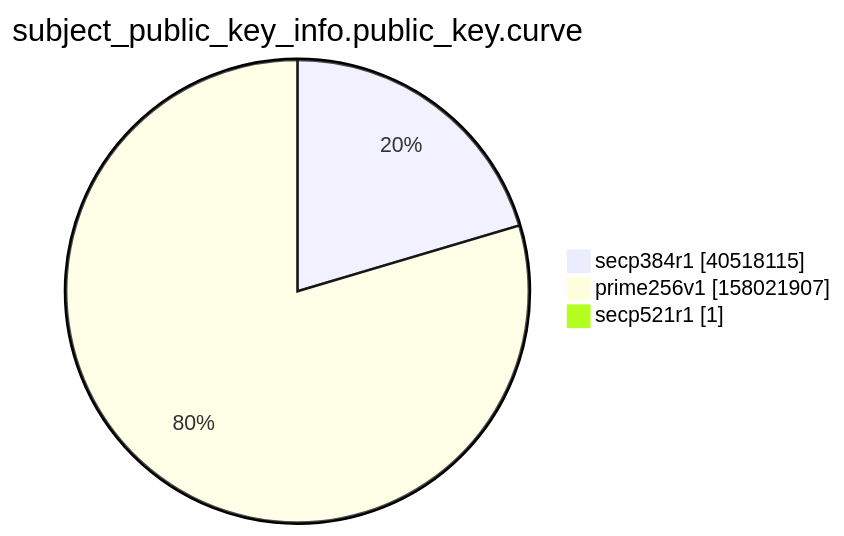
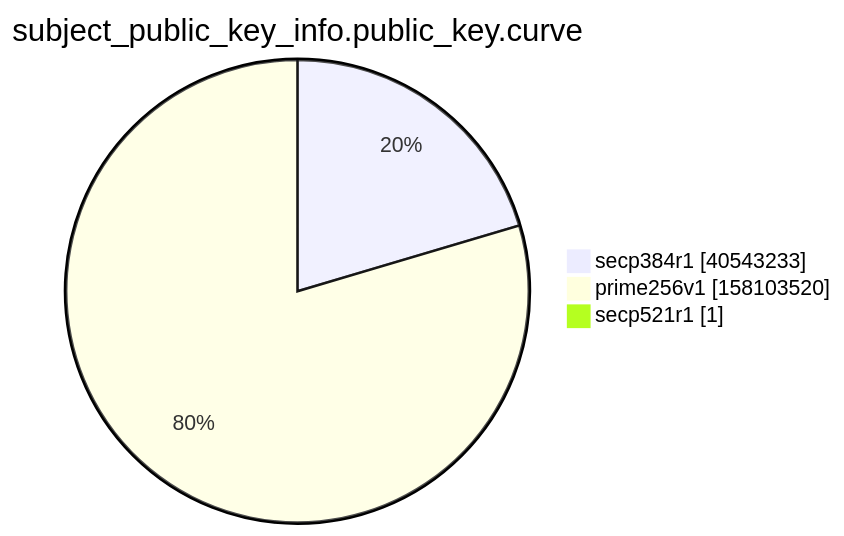
Before and after one commit to christiankrug/ctmonitor_visualization: the ninth of 15 diagrams in xenon2022/README.md, drawn with Mermaid. The commit also changed other lines of this file, not shown here.

````diff
--- a/xenon2022/README.md
+++ b/xenon2022/README.md
@@ -2867,7 +2867,7 @@
 ```mermaid
 pie showData
 title subject_public_key_info.public_key.curve
-"secp384r1" :40518115
-"prime256v1" :158021907
+"secp384r1" :40543233
+"prime256v1" :158103520
 "secp521r1" :1
 ```
````
